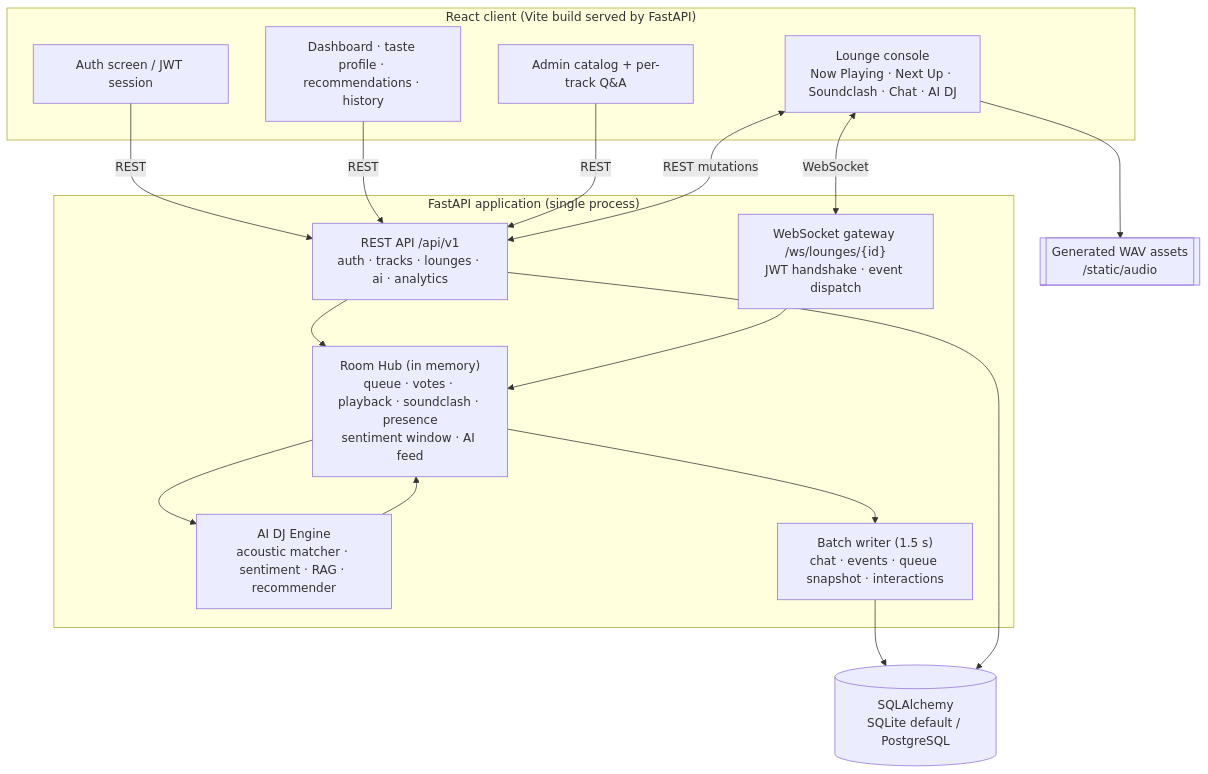
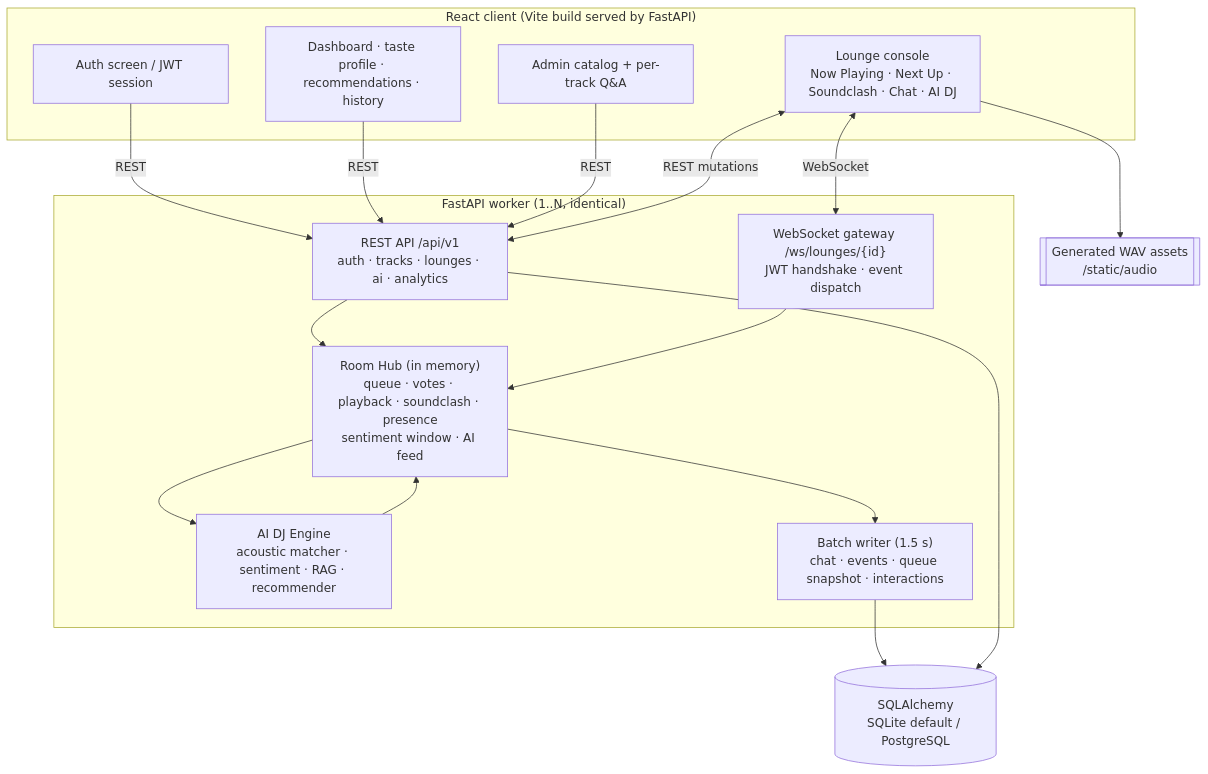
Before and after one commit to Aruneswaran-31/Spotify-AI-DJ-Engine-Real-Time-Queue-Acoustic-Intelligence: the diagram in ARCHITECTURE.md, drawn with Mermaid. The commit also changed other lines of this file and 13 other files, not shown here.

````diff
--- a/ARCHITECTURE.md
+++ b/ARCHITECTURE.md
@@ -10,34 +10,34 @@
 ```mermaid
 flowchart TB
     subgraph Client["React client (Vite build served by FastAPI)"]
         AUTH[Auth screen / JWT session]
         DASH[Dashboard · taste profile · recommendations · history]
         ROOM[Lounge console<br/>Now Playing · Next Up · Soundclash · Chat · AI DJ]
         ADMIN[Admin catalog + per-track Q&A]
     end
 
-    subgraph API["FastAPI application (single process)"]
+    subgraph API["FastAPI worker (1..N, identical)"]
         REST["REST API /api/v1<br/>auth · tracks · lounges · ai · analytics"]
         WS["WebSocket gateway /ws/lounges/{id}<br/>JWT handshake · event dispatch"]
         HUB["Room Hub (in memory)<br/>queue · votes · playback · soundclash · presence<br/>sentiment window · AI feed"]
         ENGINE["AI DJ Engine<br/>acoustic matcher · sentiment · RAG · recommender"]
         BATCH["Batch writer (1.5 s)<br/>chat · events · queue snapshot · interactions"]
     end
 
     DB[(SQLAlchemy<br/>SQLite default / PostgreSQL)]
     AUDIO[[Generated WAV assets<br/>/static/audio]]
 
     AUTH -->|REST| REST
     DASH -->|REST| REST
     ADMIN -->|REST| REST
     ROOM <-->|REST mutations| REST
     ROOM <-->|WebSocket| WS
     REST --> HUB
     WS --> HUB
     HUB --> ENGINE
     ENGINE --> HUB
     HUB --> BATCH
     BATCH --> DB
     REST --> DB
     ROOM --> AUDIO
 ```
````
